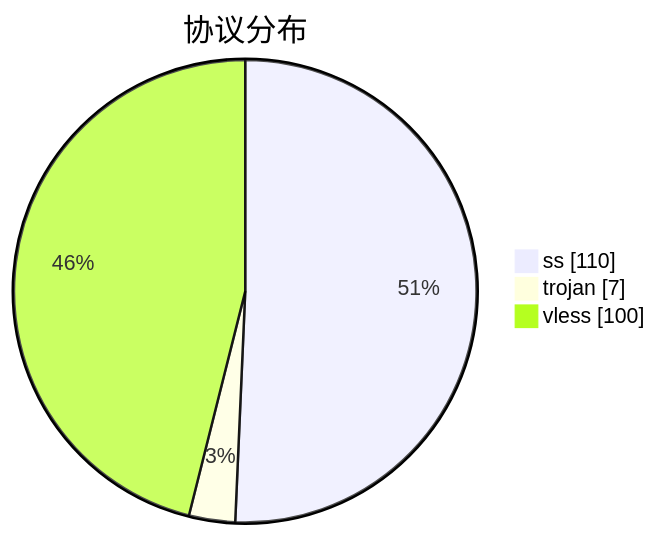
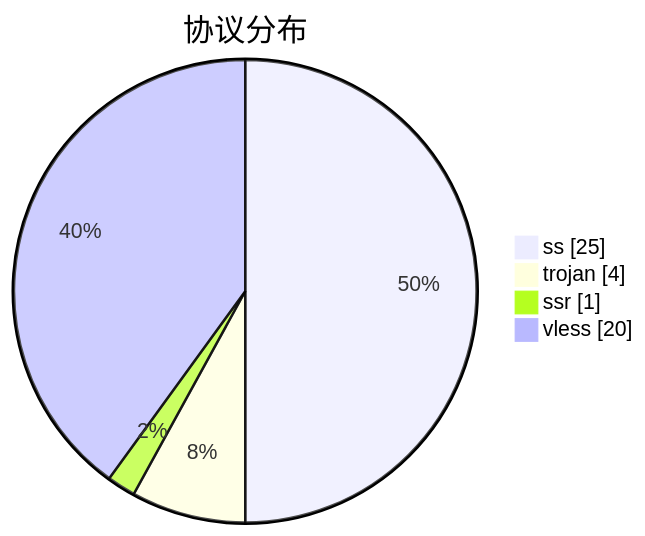
The third of 3 diagrams in subs/statistics/tested_within.md (qjlxg/airport), drawn with Mermaid before and after one commit. The commit also changed other lines of this file and 2 other files, not shown here.

````diff
--- a/subs/statistics/tested_within.md
+++ b/subs/statistics/tested_within.md
@@ -17,7 +15,8 @@
 ```mermaid
 pie showData
 title 协议分布
-"ss" : 110
-"trojan" : 7
-"vless" : 100
+"ss" : 25
+"trojan" : 4
+"ssr" : 1
+"vless" : 20
 ```
````
